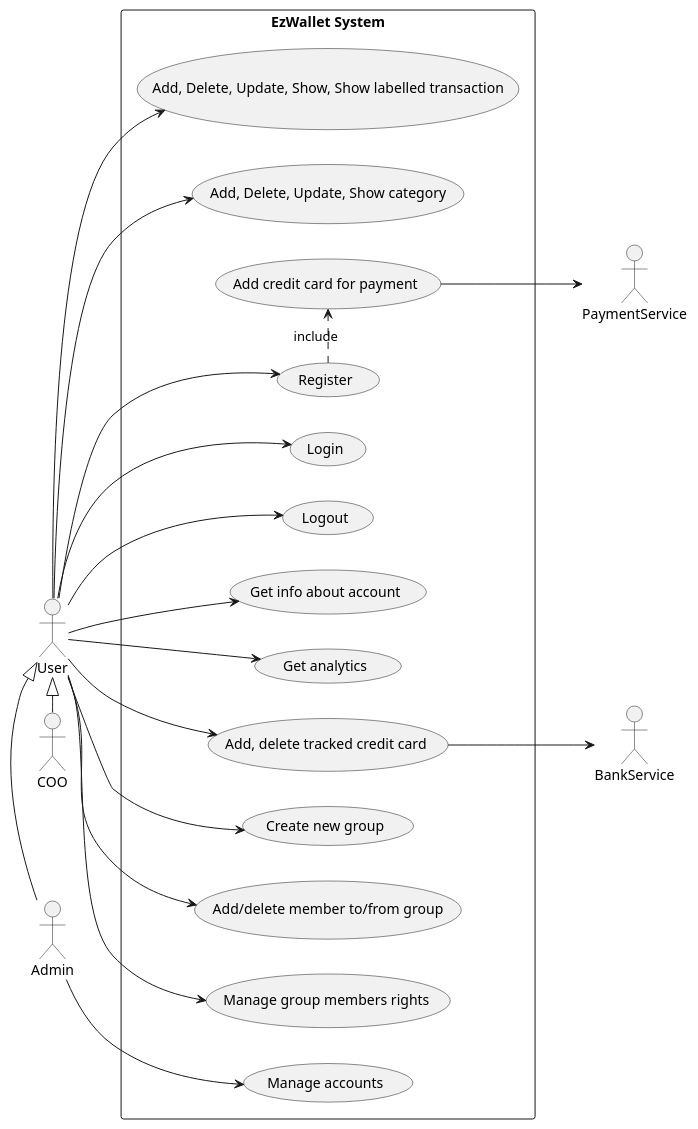
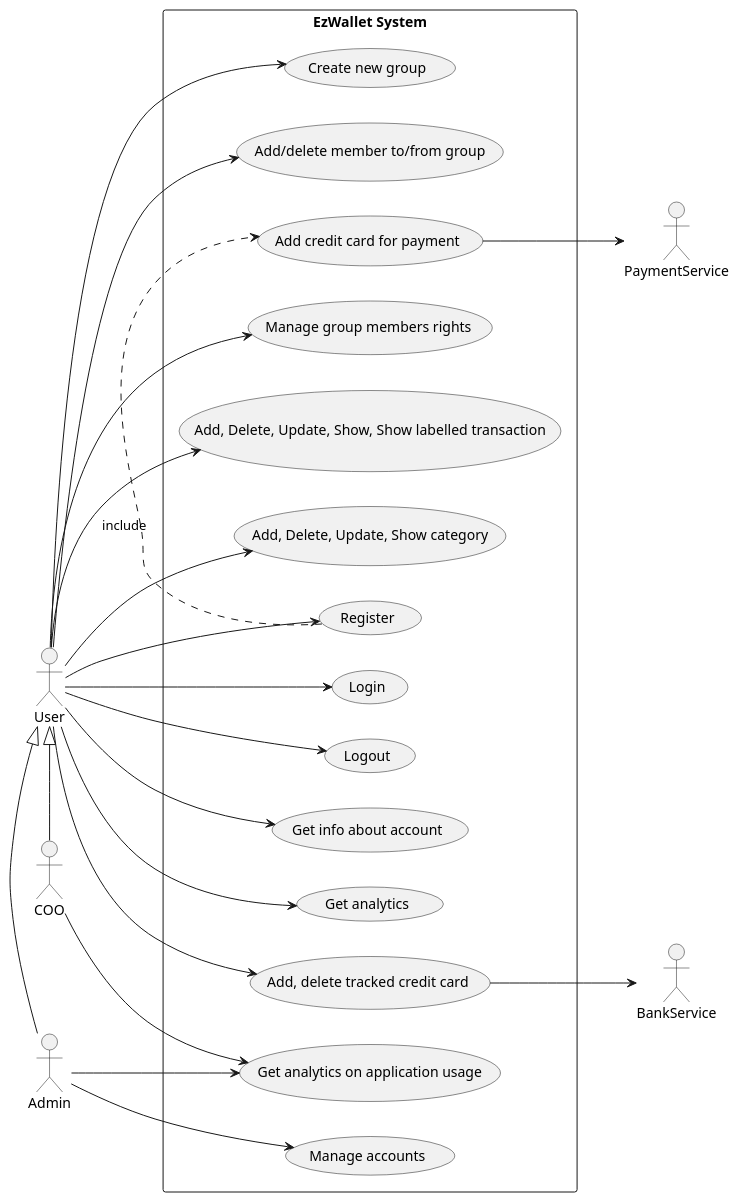
The second of 5 diagrams in RequirementsDocumentV2.md (lara-m2000/ezwallet), drawn with PlantUML before and after one commit. The commit also changed other lines of this file, not shown here.

Commit message:
docs: updated use cases and use case diagram

````diff
--- a/RequirementsDocumentV2.md
+++ b/RequirementsDocumentV2.md
@@ -261,54 +263,58 @@
 ```plantuml
 @startuml
 left to right direction
 
 actor User
 actor COO
 actor Admin
 actor PaymentService
 actor BankService
 
 rectangle "EzWallet System" as System {
 	User <|- Admin
 	User <|- COO
 
 	usecase "Add, Delete, Update, Show, Show labelled transaction" as Transaction
 
 	usecase Register
 	usecase Login
 	usecase Logout
 
 	usecase "Add, Delete, Update, Show category" as Category
 
 	usecase "Get info about account" as UUsers
 	usecase "Get analytics" as ShowAnalytics
 	usecase "Add, delete tracked credit card" as CreditCard
 	usecase "Add credit card for payment" as CreditCardPayment
 	usecase "Create new group" as CreateGroup
 	usecase "Add/delete member to/from group" as AddDeleteToGroup
 	usecase "Manage group members rights" as ManageMemberRights
 	usecase "Manage accounts" as ManageAccounts
+
+	usecase "Get analytics on application usage" as UsageAnalytics
 }
 
 User -> Transaction
 User -> Category
 User -> Register
 User -> Login
 User -> Logout
 User --> UUsers
 User --> ShowAnalytics
 User --> CreditCard
 User --> CreateGroup
 User --> AddDeleteToGroup
 User --> ManageMemberRights
 Admin --> ManageAccounts
+Admin --> UsageAnalytics
+COO --> UsageAnalytics
 
 Register .> CreditCardPayment : include
 
 CreditCardPayment --> PaymentService
 CreditCard --> BankService
 
 
 
 @enduml
 ```
````
